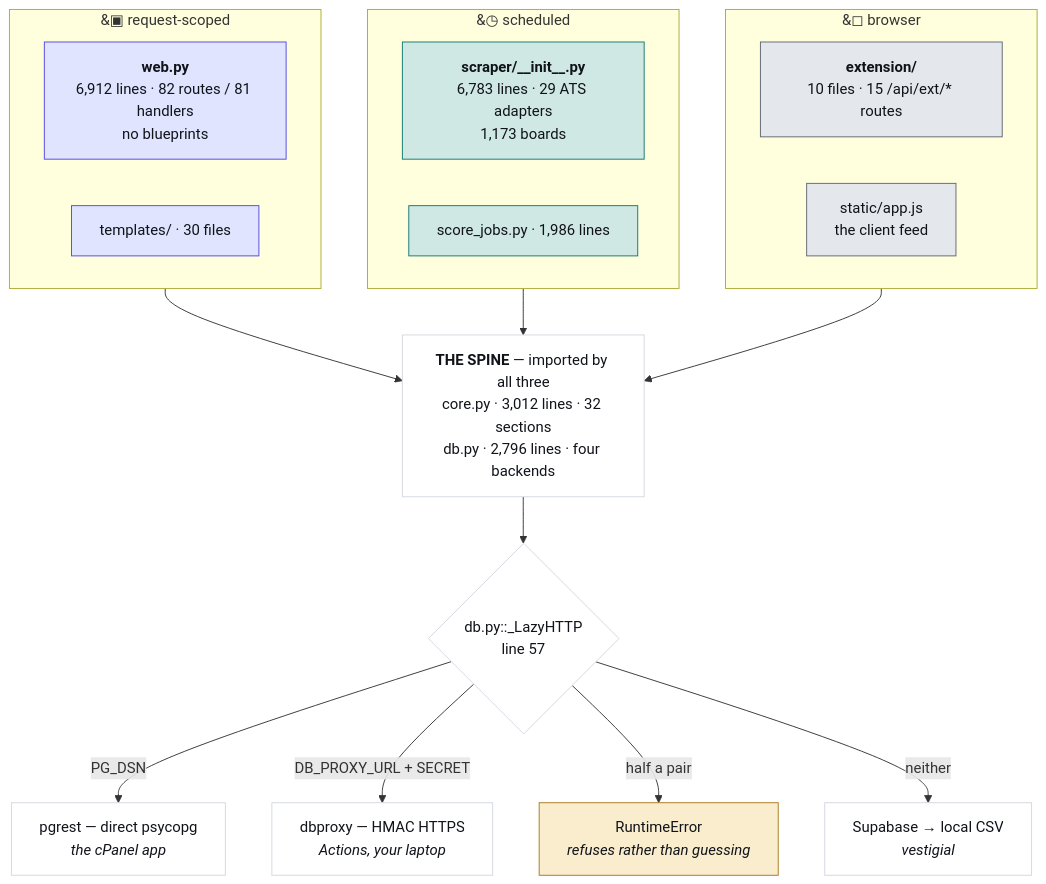
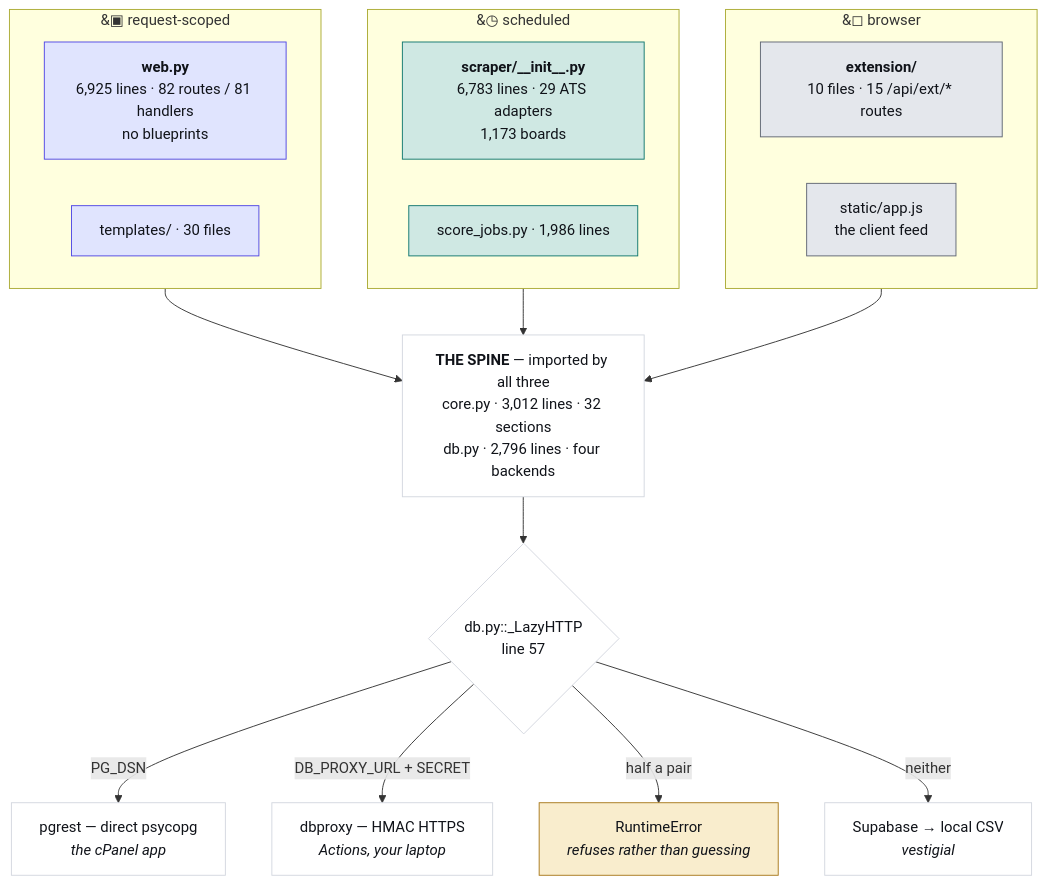
Before and after one commit to hadakunal909-debug/job-search-tool: the first of 4 diagrams in JobMatch Scraper/docs/ARCHITECTURE.md, drawn with Mermaid. The commit also changed 6 other files, not shown here.

````diff
--- a/JobMatch Scraper/docs/ARCHITECTURE.md
+++ b/JobMatch Scraper/docs/ARCHITECTURE.md
@@ -45,34 +45,34 @@
 ```mermaid
 flowchart TB
   subgraph REQ["&#9635; request-scoped"]
-    W["<b>web.py</b><br/>6,912 lines · 82 routes / 81 handlers<br/>no blueprints"]
+    W["<b>web.py</b><br/>6,925 lines · 82 routes / 81 handlers<br/>no blueprints"]
     T["templates/ · 30 files"]
   end
   subgraph SCH["&#9719; scheduled"]
     S["<b>scraper/__init__.py</b><br/>6,783 lines · 29 ATS adapters<br/>1,173 boards"]
     J["score_jobs.py · 1,986 lines"]
   end
   subgraph CLI["&#9723; browser"]
     E["<b>extension/</b><br/>10 files · 15 /api/ext/* routes"]
     A["static/app.js<br/>the client feed"]
   end
   SPINE["<b>THE SPINE</b> — imported by all three<br/>core.py · 3,012 lines · 32 sections<br/>db.py · 2,796 lines · four backends"]
   REQ --> SPINE
   SCH --> SPINE
   CLI --> SPINE
   SPINE --> D{"db.py::_LazyHTTP<br/>line 57"}
   D -->|"PG_DSN"| P["pgrest — direct psycopg<br/><i>the cPanel app</i>"]
   D -->|"DB_PROXY_URL + SECRET"| X["dbproxy — HMAC HTTPS<br/><i>Actions, your laptop</i>"]
   D -->|"half a pair"| R["RuntimeError<br/><i>refuses rather than guessing</i>"]
   D -->|"neither"| V["Supabase → local CSV<br/><i>vestigial</i>"]
   classDef web fill:#e0e4fe,stroke:#4f46e5,color:#101319
   classDef sched fill:#cfe8e3,stroke:#0f766e,color:#101319
   classDef client fill:#e4e7ec,stroke:#5f6573,color:#101319
   classDef trap fill:#f9edcd,stroke:#a8781a,color:#101319
   classDef plain fill:#ffffff,stroke:#d3d7df,color:#101319
   class W,T web
   class S,J sched
   class E,A client
   class R trap
   class SPINE,D,P,X,V plain
 ```
````
